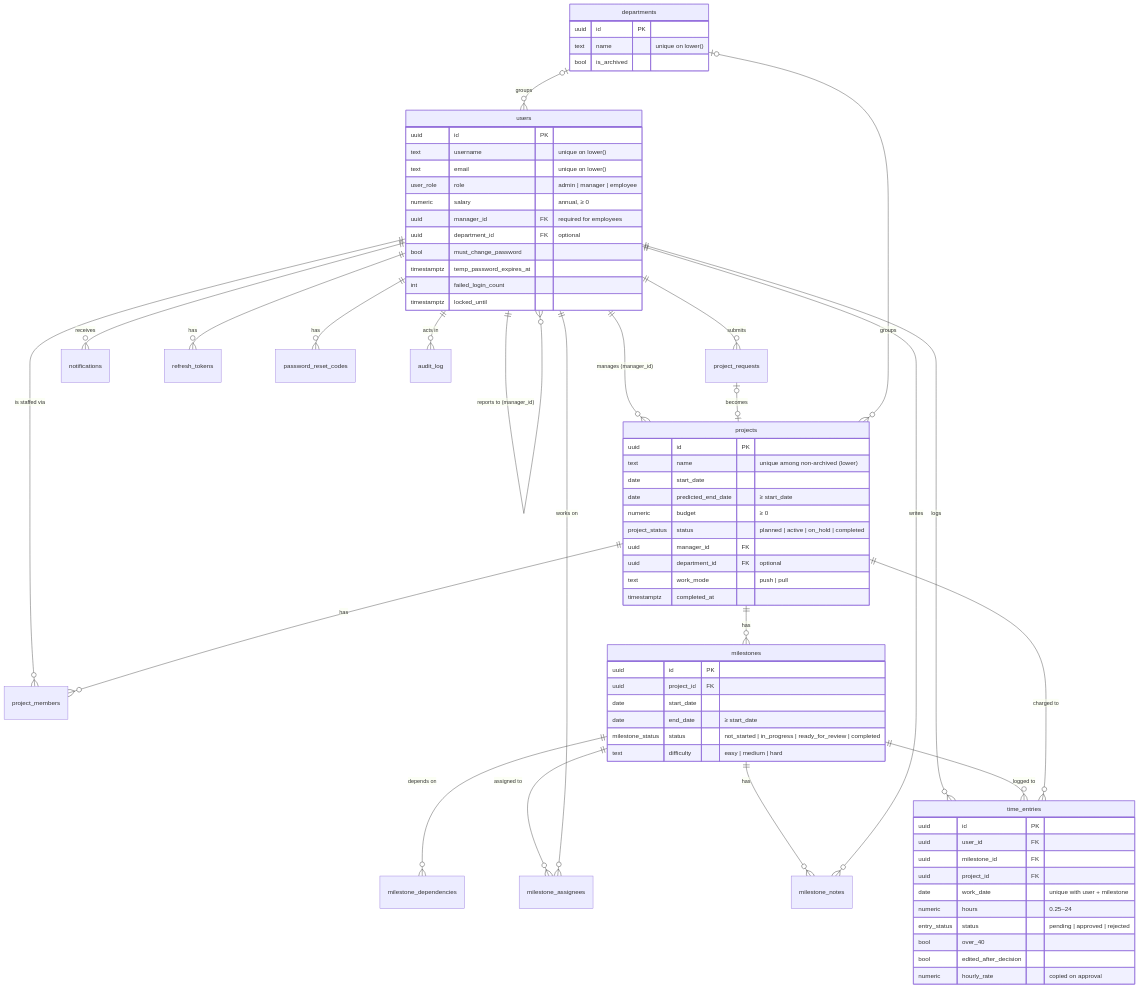
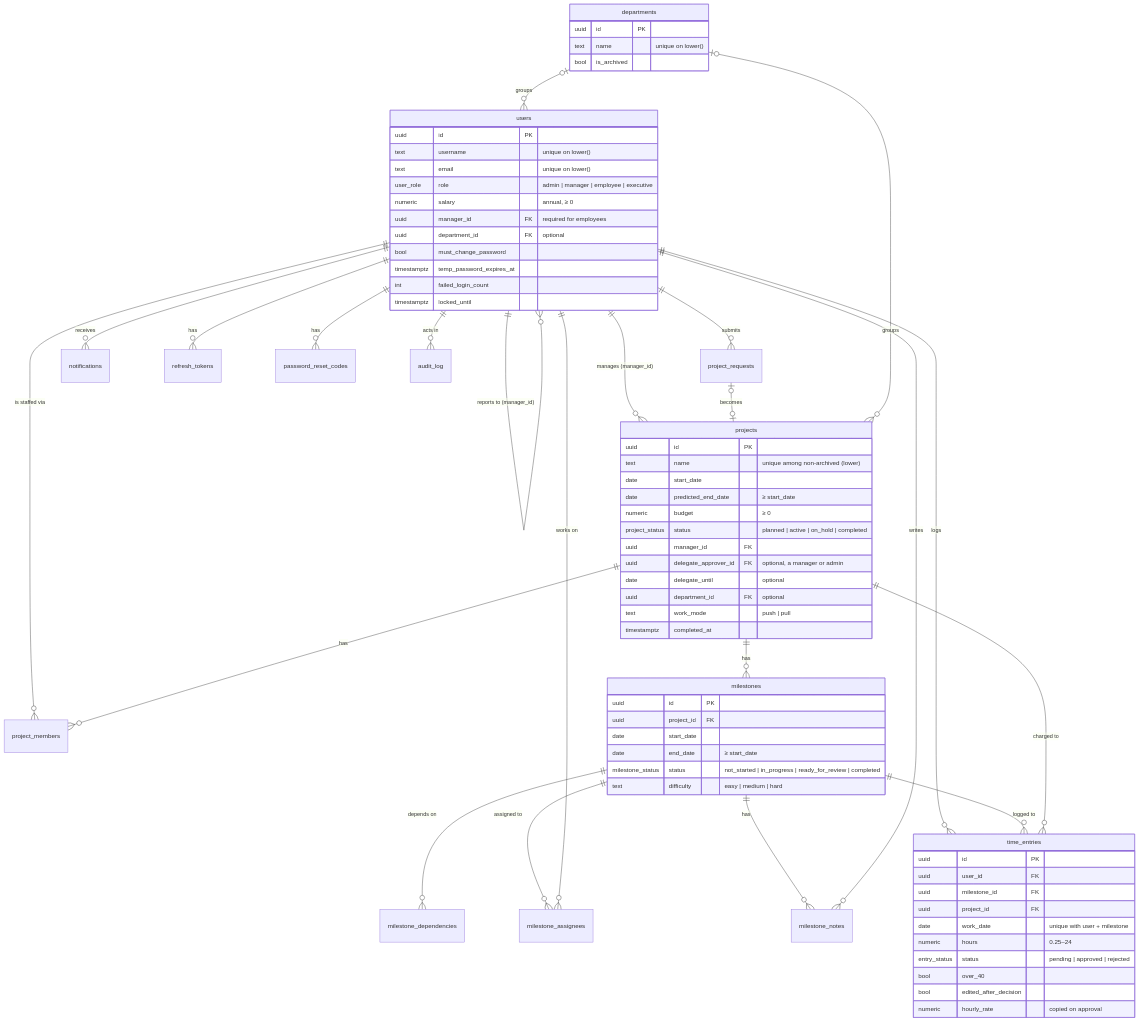
One commit to RootMoataz/citi-overwatch changed the diagram in docs/project/DATA_MODEL.md. Above: the diagram before and after it, drawn with Mermaid. The commit also changed other lines of this file and 3 other files, not shown here.

First line of the commit message:
Document the executive role, its read-only guard and the delegate approver

````diff
--- a/docs/project/DATA_MODEL.md
+++ b/docs/project/DATA_MODEL.md
@@ -15,75 +15,77 @@
 ```mermaid
 erDiagram
   users ||--o{ users : "reports to (manager_id)"
   users ||--o{ projects : "manages (manager_id)"
   users ||--o{ project_members : "is staffed via"
   projects ||--o{ project_members : has
   projects ||--o{ milestones : has
   milestones ||--o{ milestone_dependencies : "depends on"
   milestones ||--o{ milestone_assignees : "assigned to"
   users ||--o{ milestone_assignees : "works on"
   milestones ||--o{ milestone_notes : has
   users ||--o{ milestone_notes : writes
   users ||--o{ time_entries : logs
   milestones ||--o{ time_entries : "logged to"
   projects ||--o{ time_entries : "charged to"
   users ||--o{ project_requests : submits
   project_requests |o--o| projects : "becomes"
   users ||--o{ notifications : receives
   users ||--o{ refresh_tokens : has
   users ||--o{ password_reset_codes : has
   users ||--o{ audit_log : "acts in"
   departments |o--o{ users : "groups"
   departments |o--o{ projects : "groups"
 
   users {
     uuid id PK
     text username "unique on lower()"
     text email "unique on lower()"
-    user_role role "admin | manager | employee"
+    user_role role "admin | manager | employee | executive"
     numeric salary "annual, ≥ 0"
     uuid manager_id FK "required for employees"
     uuid department_id FK "optional"
     bool must_change_password
     timestamptz temp_password_expires_at
     int failed_login_count
     timestamptz locked_until
   }
   projects {
     uuid id PK
     text name "unique among non-archived (lower)"
     date start_date
     date predicted_end_date "≥ start_date"
     numeric budget "≥ 0"
     project_status status "planned | active | on_hold | completed"
     uuid manager_id FK
+    uuid delegate_approver_id FK "optional, a manager or admin"
+    date delegate_until "optional"
     uuid department_id FK "optional"
     text work_mode "push | pull"
     timestamptz completed_at
   }
   departments {
     uuid id PK
     text name "unique on lower()"
     bool is_archived
   }
   milestones {
     uuid id PK
     uuid project_id FK
     date start_date
     date end_date "≥ start_date"
     milestone_status status "not_started | in_progress | ready_for_review | completed"
     text difficulty "easy | medium | hard"
   }
   time_entries {
     uuid id PK
     uuid user_id FK
     uuid milestone_id FK
     uuid project_id FK
     date work_date "unique with user + milestone"
     numeric hours "0.25–24"
     entry_status status "pending | approved | rejected"
     bool over_40
     bool edited_after_decision
     numeric hourly_rate "copied on approval"
   }
 ```
````
